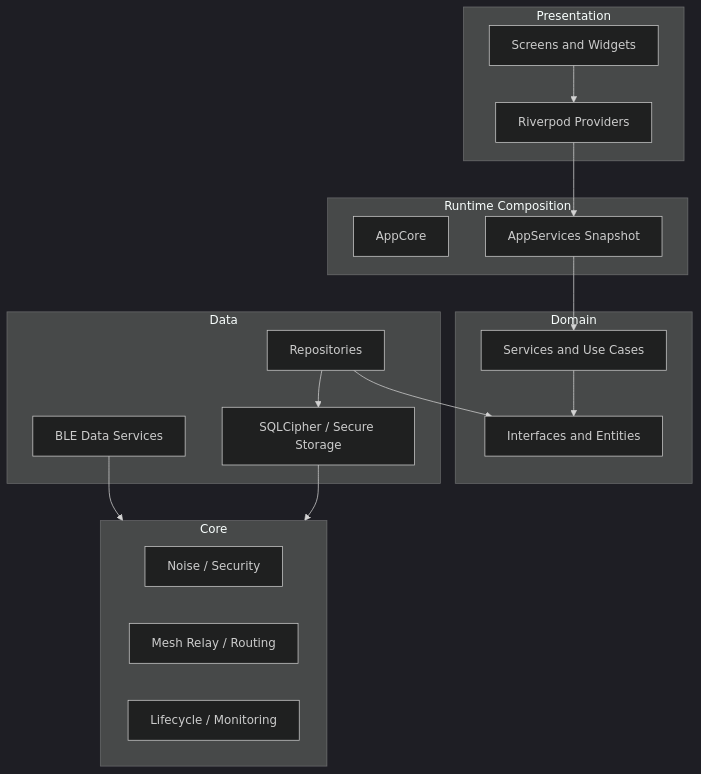
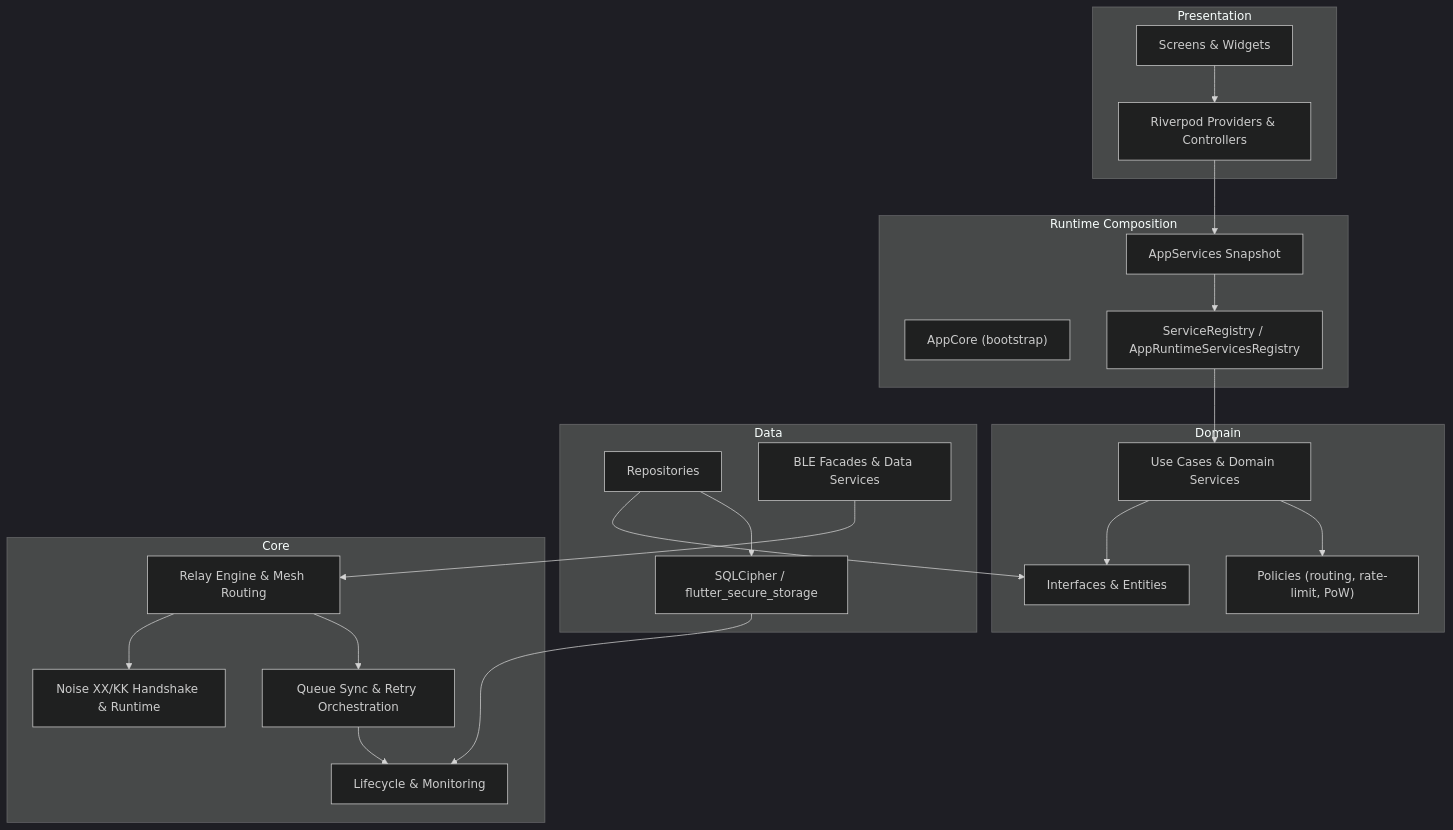
One commit to AbubakarMahmood1/pak_connect_final changed the diagram in README.md. Above: the diagram before and after it, drawn with Mermaid (dark theme). The commit also changed other lines of this file and 87 other files, not shown here.

````diff
--- a/README.md
+++ b/README.md
@@ -33,38 +41,46 @@
 ```mermaid
 graph TD
     subgraph Presentation["Presentation"]
-        UI["Screens and Widgets"]
-        RP["Riverpod Providers"]
+        UI["Screens & Widgets"]
+        RP["Riverpod Providers & Controllers"]
     end
 
-    subgraph Application["Runtime Composition"]
-        AC["AppCore"]
+    subgraph Composition["Runtime Composition"]
+        AC["AppCore (bootstrap)"]
         AS["AppServices Snapshot"]
+        SR["ServiceRegistry / AppRuntimeServicesRegistry"]
     end
 
     subgraph Domain["Domain"]
-        UC["Services and Use Cases"]
-        IF["Interfaces and Entities"]
+        UC["Use Cases & Domain Services"]
+        IF["Interfaces & Entities"]
+        PO["Policies (routing, rate-limit, PoW)"]
     end
 
     subgraph Data["Data"]
         REPO["Repositories"]
-        DB["SQLCipher / Secure Storage"]
-        BLE["BLE Data Services"]
+        DB["SQLCipher / flutter_secure_storage"]
+        BLEF["BLE Facades & Data Services"]
     end
 
     subgraph Core["Core"]
-        NOISE["Noise / Security"]
-        MESH["Mesh Relay / Routing"]
-        INFRA["Lifecycle / Monitoring"]
+        NOISE["Noise XX/KK Handshake & Runtime"]
+        RELAY["Relay Engine & Mesh Routing"]
+        QUEUE["Queue Sync & Retry Orchestration"]
+        MON["Lifecycle & Monitoring"]
     end
 
     UI --> RP
     RP --> AS
-    AS --> UC
+    AS --> SR
+    SR --> UC
     UC --> IF
+    UC --> PO
     REPO --> IF
     REPO --> DB
-    BLE --> Core
-    DB --> Core
+    BLEF --> RELAY
+    RELAY --> NOISE
+    RELAY --> QUEUE
+    DB --> MON
+    QUEUE --> MON
 ```
````
